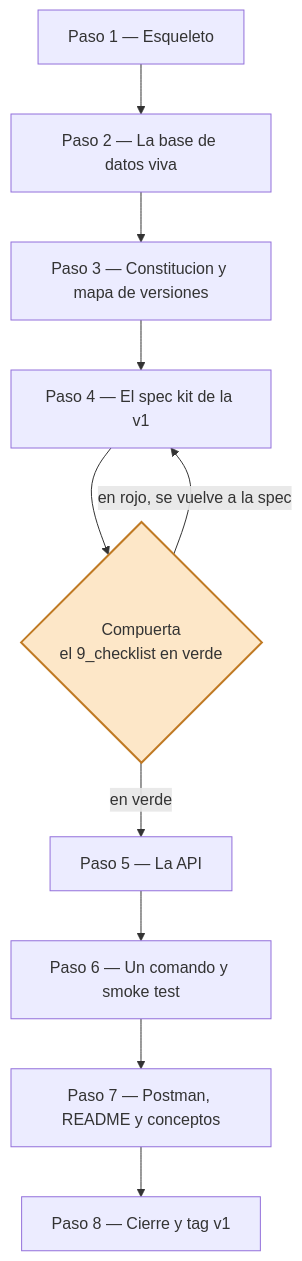
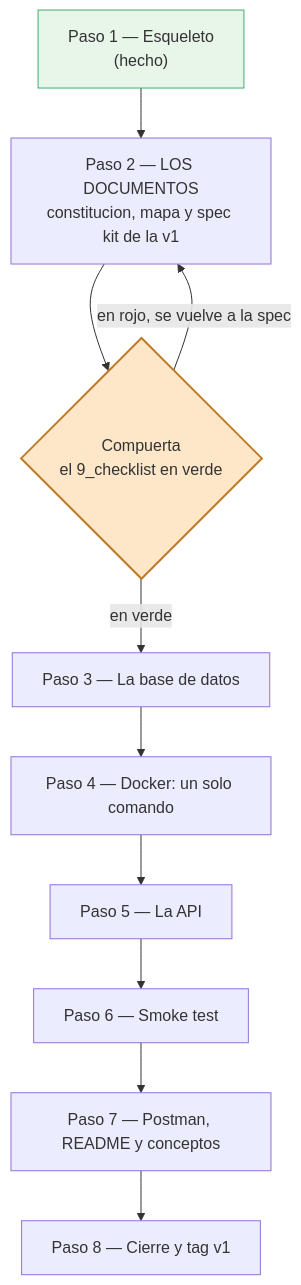
Before and after one commit to ccastro2050/proyecto_investigacion1: the fourth of 6 diagrams in PLAN_V1.md, drawn with Mermaid. The commit also changed other lines of this file, not shown here.

````diff
--- a/PLAN_V1.md
+++ b/PLAN_V1.md
@@ -143,14 +203,16 @@
 ```mermaid
 flowchart TD
-    P1["Paso 1 — Esqueleto"] --> P2["Paso 2 — La base de datos viva"]
-    P2 --> P3["Paso 3 — Constitucion y mapa de versiones"]
-    P3 --> P4["Paso 4 — El spec kit de la v1"]
-    P4 --> G{"Compuerta<br/>el 9_checklist en verde"}
-    G -->|"en rojo, se vuelve a la spec"| P4
-    G -->|"en verde"| P5["Paso 5 — La API"]
-    P5 --> P6["Paso 6 — Un comando y smoke test"]
+    P1["Paso 1 — Esqueleto<br/>(hecho)"] --> P2["Paso 2 — LOS DOCUMENTOS<br/>constitucion, mapa y spec kit de la v1"]
+    P2 --> G{"Compuerta<br/>el 9_checklist en verde"}
+    G -->|"en rojo, se vuelve a la spec"| P2
+    G -->|"en verde"| P3["Paso 3 — La base de datos"]
+    P3 --> P4["Paso 4 — Docker: un solo comando"]
+    P4 --> P5["Paso 5 — La API"]
+    P5 --> P6["Paso 6 — Smoke test"]
     P6 --> P7["Paso 7 — Postman, README y conceptos"]
     P7 --> P8["Paso 8 — Cierre y tag v1"]
     classDef compuerta fill:#fde7c8,stroke:#c07a24,stroke-width:2px
+    classDef hecho fill:#e8f5e9,stroke:#4a7
     class G compuerta
+    class P1 hecho
 ```
````
